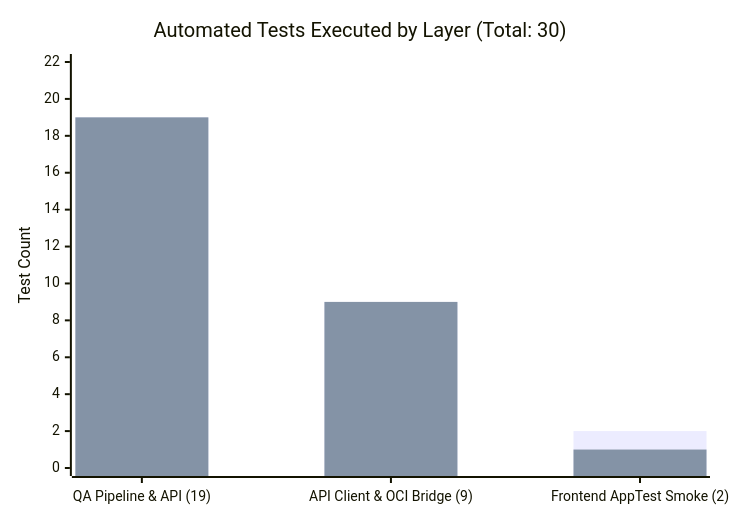
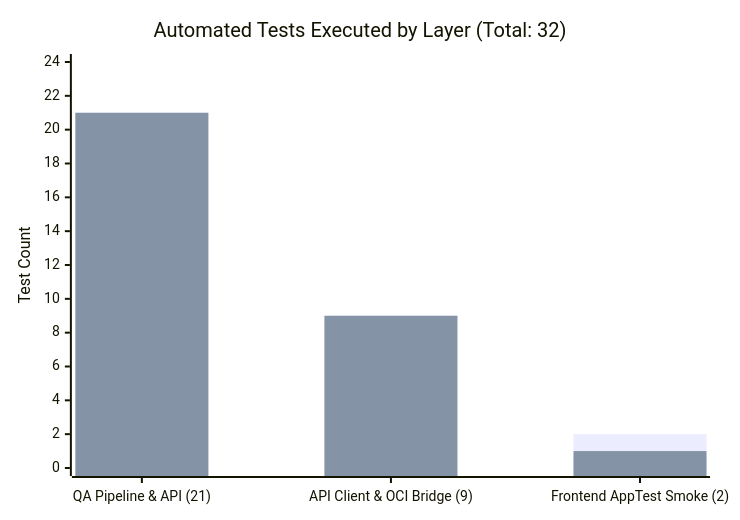
One commit to No-Country-simulation/G10-BRASIL-equipo-26 changed the second of 3 diagrams in docs/relatorio-qa-evidencias.en.md. Above: the diagram before and after it, drawn with Mermaid. The commit also changed other lines of this file and 19 other files, not shown here.

````diff
--- a/docs/relatorio-qa-evidencias.en.md
+++ b/docs/relatorio-qa-evidencias.en.md
@@ -30,8 +30,8 @@
 ```mermaid
 xychart-beta
-    title "Automated Tests Executed by Layer (Total: 30)"
-    x-axis ["QA Pipeline & API (19)", "API Client & OCI Bridge (9)", "Frontend AppTest Smoke (2)"]
-    y-axis "Test Count" 0 --> 22
-    bar [19, 9, 2]
-    bar [19, 9, 1]
+    title "Automated Tests Executed by Layer (Total: 32)"
+    x-axis ["QA Pipeline & API (21)", "API Client & OCI Bridge (9)", "Frontend AppTest Smoke (2)"]
+    y-axis "Test Count" 0 --> 24
+    bar [21, 9, 2]
+    bar [21, 9, 1]
 ```
````
